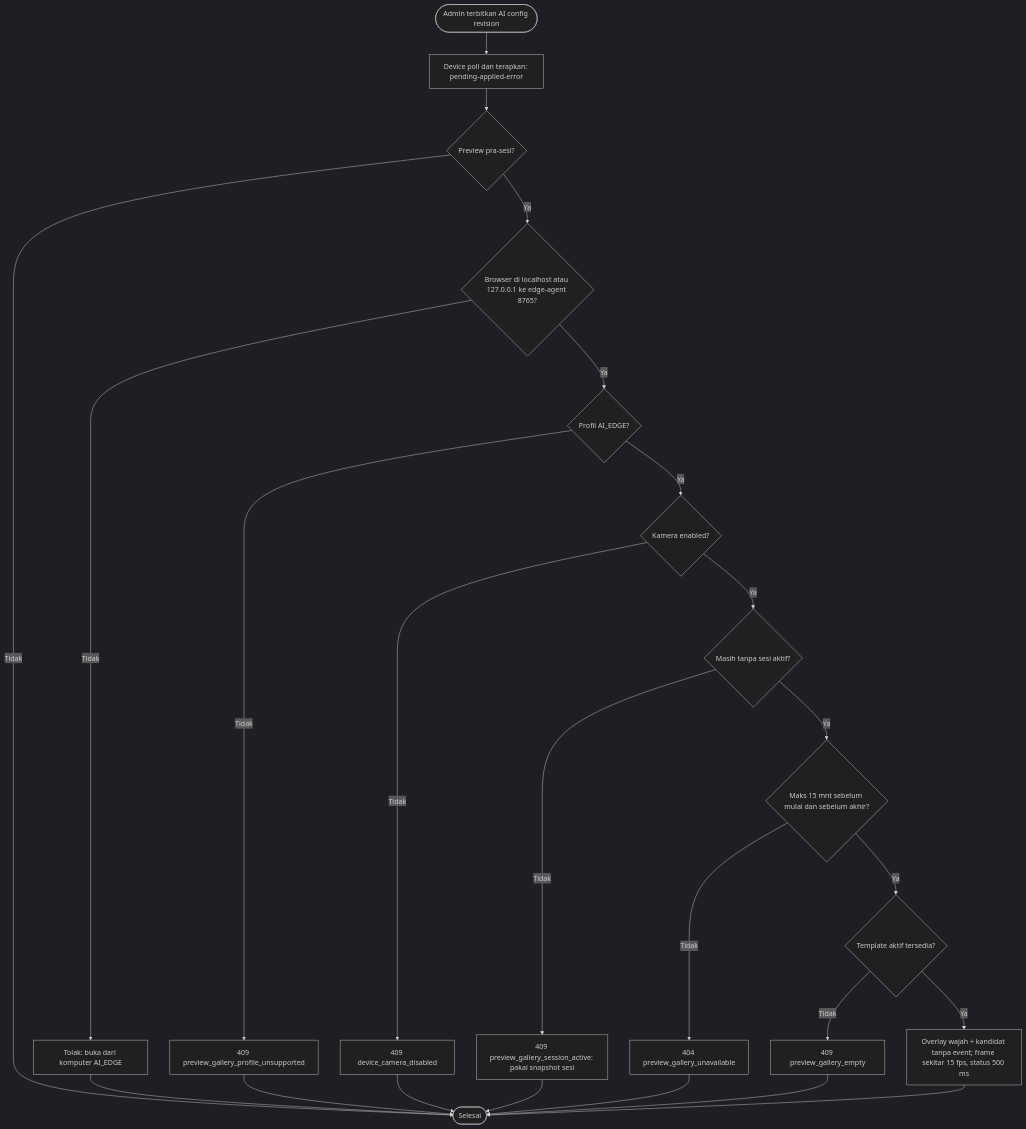
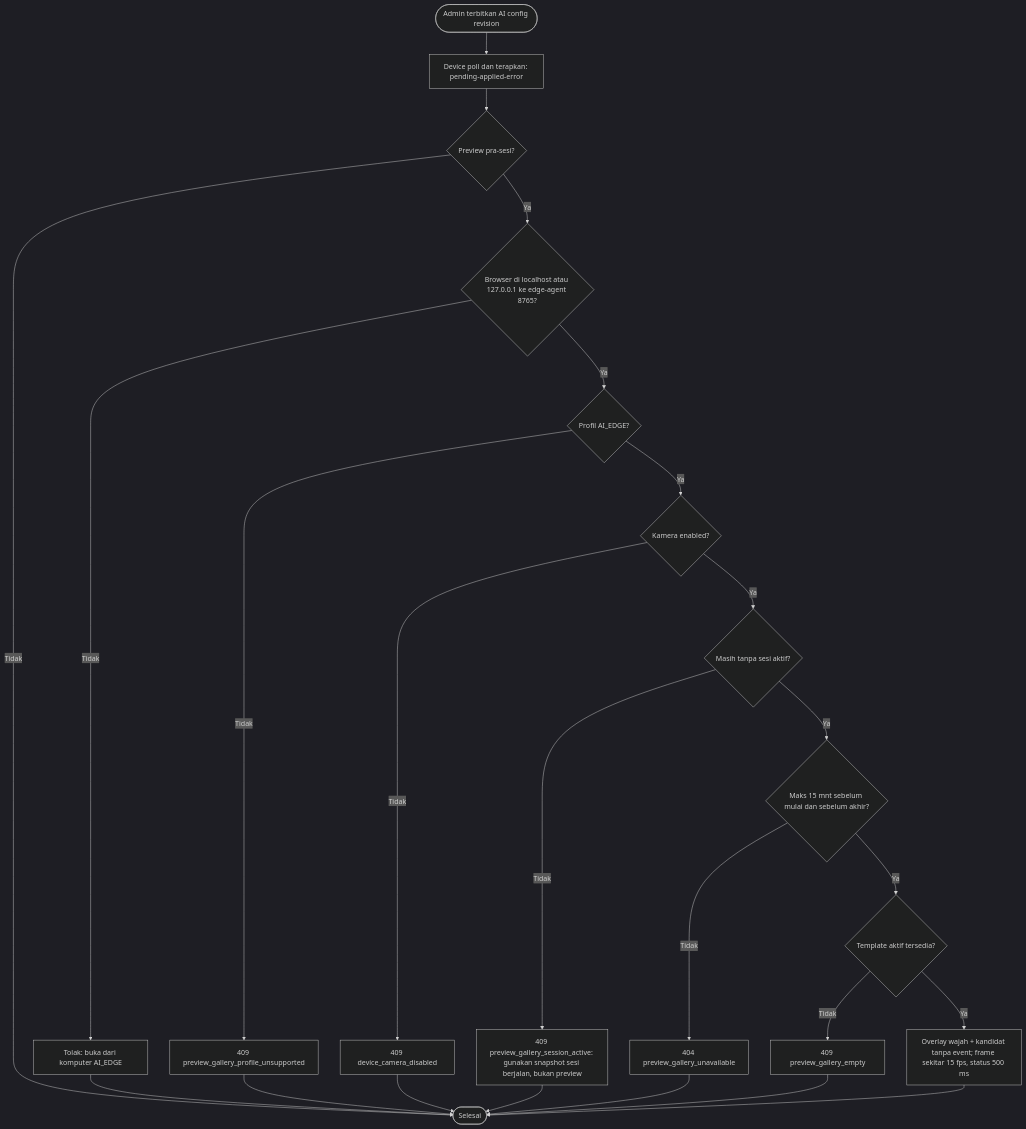
Diagram 12 of 14 in docs/proposal/05-activity.md (mygads/Face-Recognition-Capstone), drawn with Mermaid (dark theme) before and after one commit. The commit also changed other lines of this file and 5 other files, not shown here.

````diff
--- a/docs/proposal/05-activity.md
+++ b/docs/proposal/05-activity.md
@@ -293,26 +304,26 @@
 ```mermaid
 flowchart TD
   S([Admin terbitkan AI config revision]) --> P[Device poll dan terapkan: pending-applied-error]
   P --> V{Preview pra-sesi?}
   V -- Tidak --> E([Selesai])
   V -- Ya --> H{Browser di localhost atau 127.0.0.1 ke edge-agent 8765?}
   H -- Tidak --> R1[Tolak: buka dari komputer AI_EDGE]
   H -- Ya --> PR{Profil AI_EDGE?}
   PR -- Tidak --> R2[409 preview_gallery_profile_unsupported]
   PR -- Ya --> CM{Kamera enabled?}
   CM -- Tidak --> R3[409 device_camera_disabled]
   CM -- Ya --> SA{Masih tanpa sesi aktif?}
-  SA -- Tidak --> R4[409 preview_gallery_session_active: pakai snapshot sesi]
+  SA -- Tidak --> R4[409 preview_gallery_session_active: gunakan snapshot sesi berjalan, bukan preview]
   SA -- Ya --> W{Maks 15 mnt sebelum mulai dan sebelum akhir?}
   W -- Tidak --> R5[404 preview_gallery_unavailable]
   W -- Ya --> G{Template aktif tersedia?}
   G -- Tidak --> R6[409 preview_gallery_empty]
   G -- Ya --> L[Overlay wajah + kandidat tanpa event; frame sekitar 15 fps, status 500 ms]
   L --> E
   R1 --> E
   R2 --> E
   R3 --> E
   R4 --> E
   R5 --> E
   R6 --> E
 ```
````
